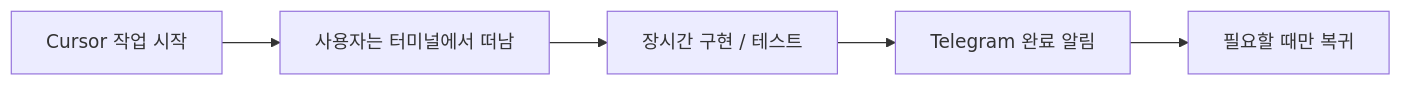
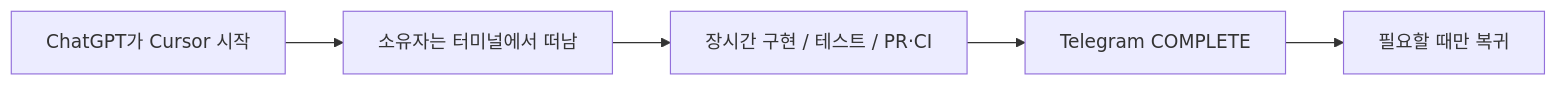
The second of 2 diagrams in ko/mobile-remote-workflow.mdx (datarelay-labs/engineering-system-docs), drawn with Mermaid before and after one commit. The commit also changed other lines of this file and 7 other files, not shown here.

First line of the commit message:
docs(ko): document ChatGPT Cursor CLI handoff and live session viewing

```diff
--- a/ko/mobile-remote-workflow.mdx
+++ b/ko/mobile-remote-workflow.mdx
@@ -54,7 +136,7 @@
 ~~~mermaid
 flowchart LR
-    A["Cursor 작업 시작"] --> B["사용자는 터미널에서 떠남"]
-    B --> C["장시간 구현 / 테스트"]
-    C --> D["Telegram 완료 알림"]
+    A["ChatGPT가 Cursor 시작"] --> B["소유자는 터미널에서 떠남"]
+    B --> C["장시간 구현 / 테스트 / PR·CI"]
+    C --> D["Telegram COMPLETE"]
     D --> E["필요할 때만 복귀"]
 ~~~
```
